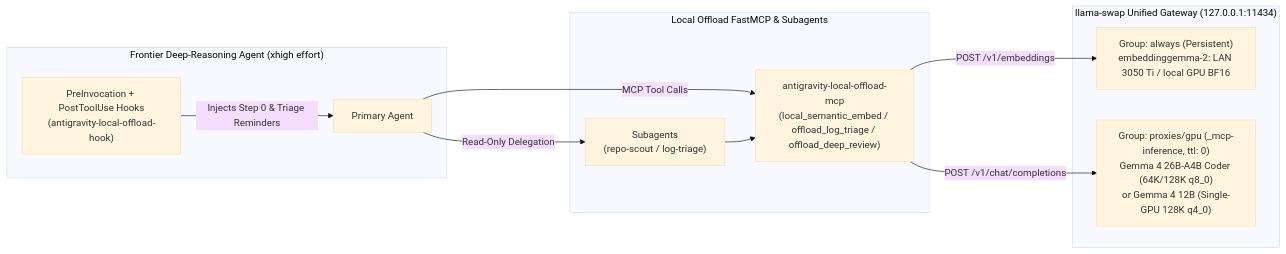
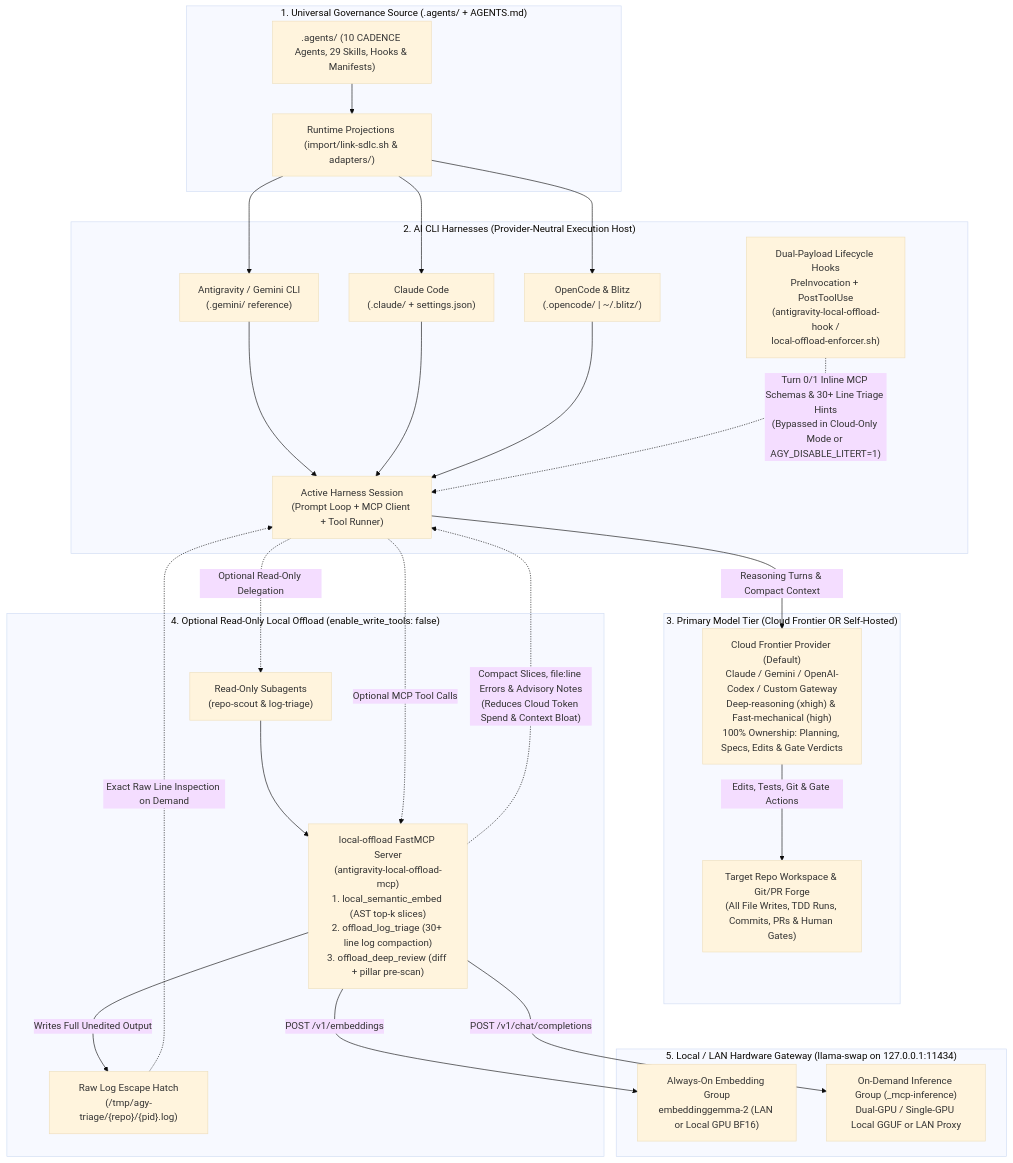
One commit to AndrewK4758/CADENCE changed the diagram in README.md. Above: the diagram before and after it, drawn with Mermaid (base theme). The commit also changed other lines of this file and 1 other file, not shown here.

Commit message:
docs(readme): clarify cloud+local deployment modes and AI harness offload flow

````diff
--- a/README.md
+++ b/README.md
@@ -130,24 +41,52 @@
 ```mermaid
-flowchart LR
-    subgraph Frontier["Frontier Deep-Reasoning Agent (xhigh effort)"]
-        A["Primary Agent"]
-        H["PreInvocation + PostToolUse Hooks\n(antigravity-local-offload-hook)"]
+flowchart TB
+    subgraph Source["1. Universal Governance Source (.agents/ + AGENTS.md)"]
+        AG[".agents/ (10 CADENCE Agents, 29 Skills, Hooks & Manifests)"]
+        AD["Runtime Projections (import/link-sdlc.sh & adapters/)"]
+        AG --> AD
     end
 
-    subgraph Offload["Local Offload FastMCP & Subagents"]
-        M["antigravity-local-offload-mcp\n(local_semantic_embed / offload_log_triage / offload_deep_review)"]
-        S["Subagents\n(repo-scout / log-triage)"]
+    subgraph Harnesses["2. AI CLI Harnesses (Provider-Neutral Execution Host)"]
+        H1["Antigravity / Gemini CLI\n(.gemini/ reference)"]
+        H2["Claude Code\n(.claude/ + settings.json)"]
+        H3["OpenCode & Blitz\n(.opencode/ | ~/.blitz/)"]
+        BUS["Active Harness Session\n(Prompt Loop + MCP Client + Tool Runner)"]
+        HK["Dual-Payload Lifecycle Hooks\nPreInvocation + PostToolUse\n(antigravity-local-offload-hook /\nlocal-offload-enforcer.sh)"]
+        H1 --> BUS
+        H2 --> BUS
+        H3 --> BUS
+        HK -.->|"Turn 0/1 Inline MCP Schemas & 30+ Line Triage Hints\n(Bypassed in Cloud-Only Mode or AGY_DISABLE_LITERT=1)"| BUS
     end
 
-    subgraph Gateway["llama-swap Unified Gateway (127.0.0.1:11434)"]
-        E["Group: always (Persistent)\nembeddinggemma-2: LAN 3050 Ti / local GPU BF16"]
-        I["Group: proxies/gpu (_mcp-inference, ttl: 0)\nGemma 4 26B-A4B Coder (64K/128K q8_0)\nor Gemma 4 12B (Single-GPU 128K q4_0)"]
+    AD --> H1
+    AD --> H2
+    AD --> H3
+
+    subgraph Primary["3. Primary Model Tier (Cloud Frontier OR Self-Hosted)"]
+        CF["Cloud Frontier Provider (Default)\nClaude / Gemini / OpenAI-Codex / Custom Gateway\nDeep-reasoning (xhigh) & Fast-mechanical (high)\n100% Ownership: Planning, Specs, Edits & Gate Verdicts"]
+        WS["Target Repo Workspace & Git/PR Forge\n(All File Writes, TDD Runs, Commits, PRs & Human Gates)"]
     end
 
-    H -->|"Injects Step 0 & Triage Reminders"| A
-    A -->|"MCP Tool Calls"| M
-    A -->|"Read-Only Delegation"| S
-    S --> M
-    M -->|"POST /v1/embeddings"| E
-    M -->|"POST /v1/chat/completions"| I
+    BUS -->|"Reasoning Turns & Compact Context"| CF
+    CF -->|"Edits, Tests, Git & Gate Actions"| WS
+
+    subgraph Offload["4. Optional Read-Only Local Offload (enable_write_tools: false)"]
+        SUB["Read-Only Subagents\n(repo-scout & log-triage)"]
+        MCP["local-offload FastMCP Server\n(antigravity-local-offload-mcp)\n1. local_semantic_embed (AST top-k slices)\n2. offload_log_triage (30+ line log compaction)\n3. offload_deep_review (diff + pillar pre-scan)"]
+        RAW["Raw Log Escape Hatch\n(/tmp/agy-triage/{repo}/{pid}.log)"]
+        SUB --> MCP
+        MCP -->|"Writes Full Unedited Output"| RAW
+    end
+
+    subgraph Gateway["5. Local / LAN Hardware Gateway (llama-swap on 127.0.0.1:11434)"]
+        EMB["Always-On Embedding Group\nembeddinggemma-2 (LAN or Local GPU BF16)"]
+        INF["On-Demand Inference Group (_mcp-inference)\nDual-GPU / Single-GPU Local GGUF or LAN Proxy"]
+    end
+
+    BUS -.->|"Optional Read-Only Delegation"| SUB
+    BUS -.->|"Optional MCP Tool Calls"| MCP
+    MCP -->|"POST /v1/embeddings"| EMB
+    MCP -->|"POST /v1/chat/completions"| INF
+    MCP -.->|"Compact Slices, file:line Errors & Advisory Notes\n(Reduces Cloud Token Spend & Context Bloat)"| BUS
+    RAW -.->|"Exact Raw Line Inspection on Demand"| BUS
 ```
````
